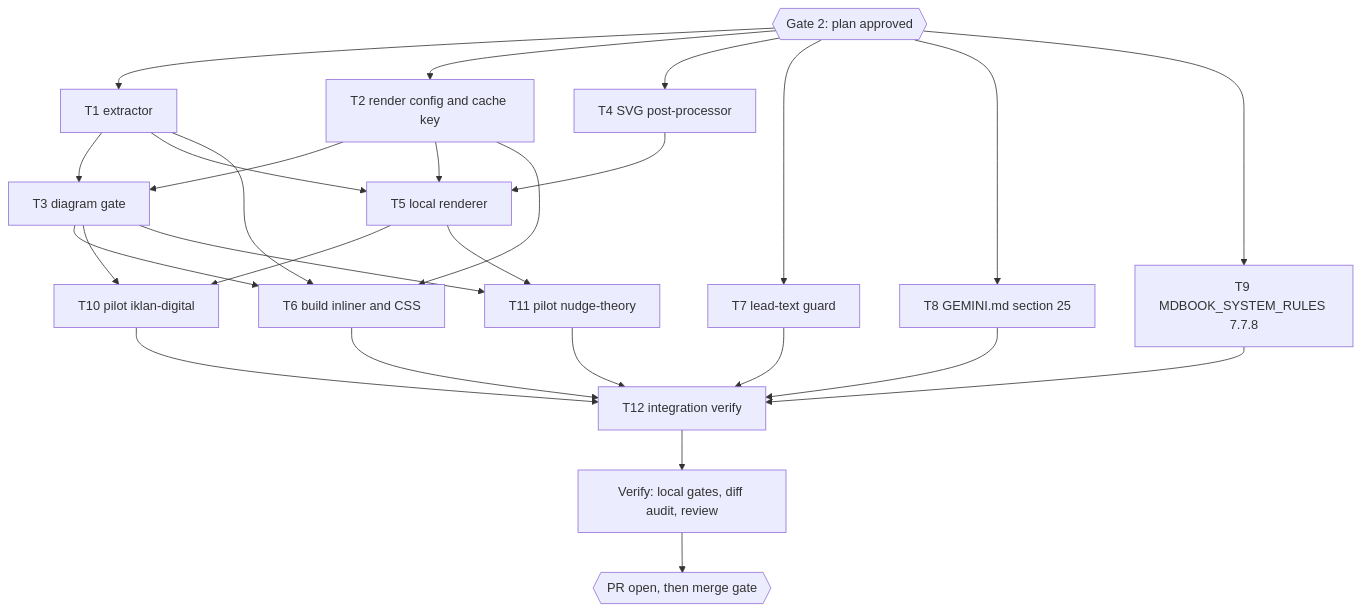
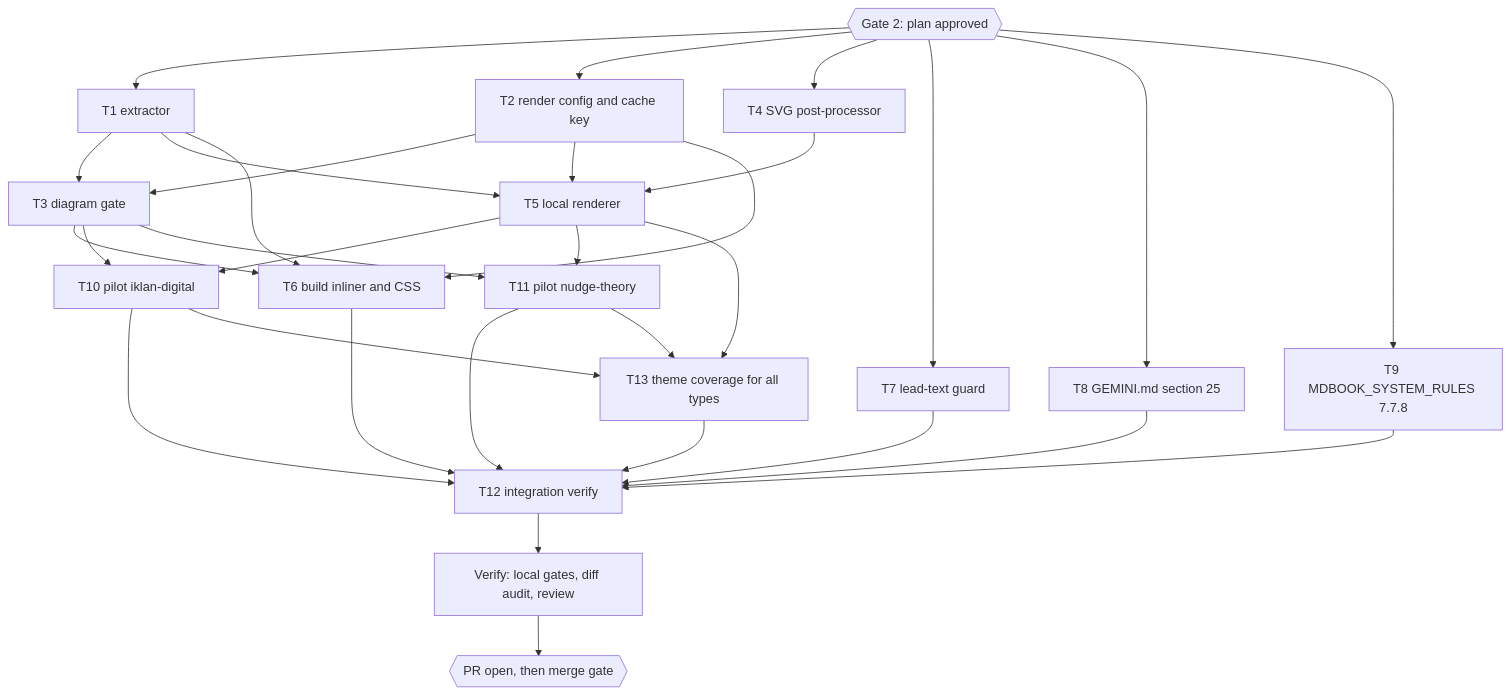
Before and after one commit to belajarcarabelajar/dawnbook: the diagram in docs/code-plan/plans/2026-10-16-dawnbook-mermaid-diagrams.md, drawn with Mermaid. The commit also changed other lines of this file, not shown here.

Commit message:
docs(diagrams): record wave evidence and add T13 theme coverage task

````diff
--- a/docs/code-plan/plans/2026-10-16-dawnbook-mermaid-diagrams.md
+++ b/docs/code-plan/plans/2026-10-16-dawnbook-mermaid-diagrams.md
@@ -228,32 +242,36 @@
 ```mermaid
 flowchart TD
     accTitle: Task graph for build-time Mermaid diagrams
     accDescr: After plan approval, foundation tasks for extraction, cache keys, post-processing, the lead-text guard and the two rule documents run in parallel. The gate and renderer follow, then the build inliner and the two pilot books, and the integration check closes the graph before verification and the pull request.
     G2{{"Gate 2: plan approved"}}
     G2 --> T1["T1 extractor"]
     G2 --> T2["T2 render config and cache key"]
     G2 --> T4["T4 SVG post-processor"]
     G2 --> T7["T7 lead-text guard"]
     G2 --> T8["T8 GEMINI.md section 25"]
     G2 --> T9["T9 MDBOOK_SYSTEM_RULES 7.7.8"]
     T1 --> T3["T3 diagram gate"]
     T2 --> T3
     T1 --> T5["T5 local renderer"]
     T2 --> T5
     T4 --> T5
     T1 --> T6["T6 build inliner and CSS"]
     T2 --> T6
     T3 --> T6
     T3 --> T10["T10 pilot iklan-digital"]
     T5 --> T10
     T3 --> T11["T11 pilot nudge-theory"]
     T5 --> T11
     T6 --> T12["T12 integration verify"]
     T7 --> T12
     T8 --> T12
     T9 --> T12
     T10 --> T12
     T11 --> T12
+    T5 --> T13["T13 theme coverage for all types"]
+    T10 --> T13
+    T11 --> T13
+    T13 --> T12
     T12 --> V["Verify: local gates, diff audit, review"]
     V --> PR{{"PR open, then merge gate"}}
 ```
````
